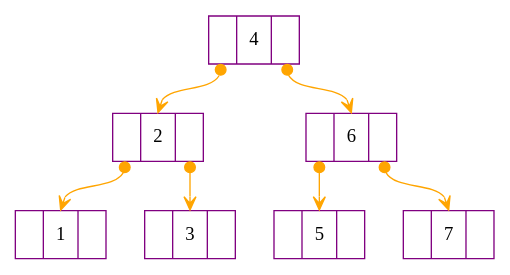
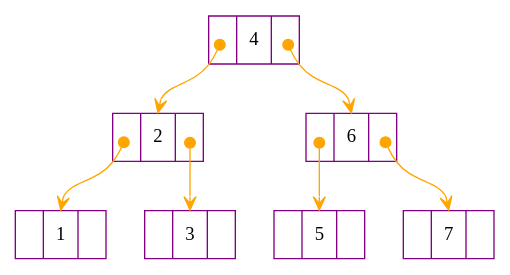
One commit to chill-chin/4883-Software-Tools changed the diagram in A01/bst.dot. Above: the diagram before and after it, drawn with Graphviz.

```diff
--- a/A01/bst.dot
+++ b/A01/bst.dot
@@ -1,29 +1,28 @@
 digraph ABC {
 
-  //rankdir=LR;
   
   node [shape=record,color=purple];
-  edge [arrowhead=vee, arrowtail=dot, color=orange, dir=both, taiclip=false];
+  edge [arrowhead=vee, arrowtail=dot, color=orange, dir=both, tailclip=false];
   
   nodesep=0.4;
   ranksep=0.5;
 
 
   A [label="<left> | <data> 1 | <right>"];
   B [label="<left> | <data> 2 | <right>"];
   C [label="<left> | <data> 3 | <right>"];
   D [label="<left> | <data> 4 | <right>"];
   E [label="<left> | <data> 5 | <right>"];
   F [label="<left> | <data> 6 | <right>"];
   G [label="<left> | <data> 7 | <right>"];
 
 
-  D:left -> B:data;
-  D:right -> F:data;
+  D:left:c -> B:data;
+  D:right:c -> F:data;
   
-  B:left -> A:data;
-  B:right -> C:data;
+  B:left:c -> A:data;
+  B:right:c -> C:data;
   
-  F:left -> E:data;
-  F:right -> G:data;
+  F:left:c -> E:data;
+  F:right:c -> G:data;
 }
```
